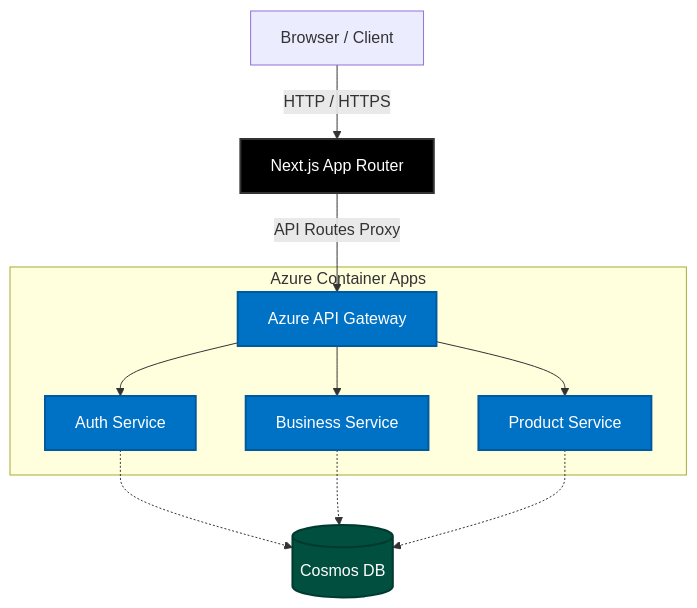
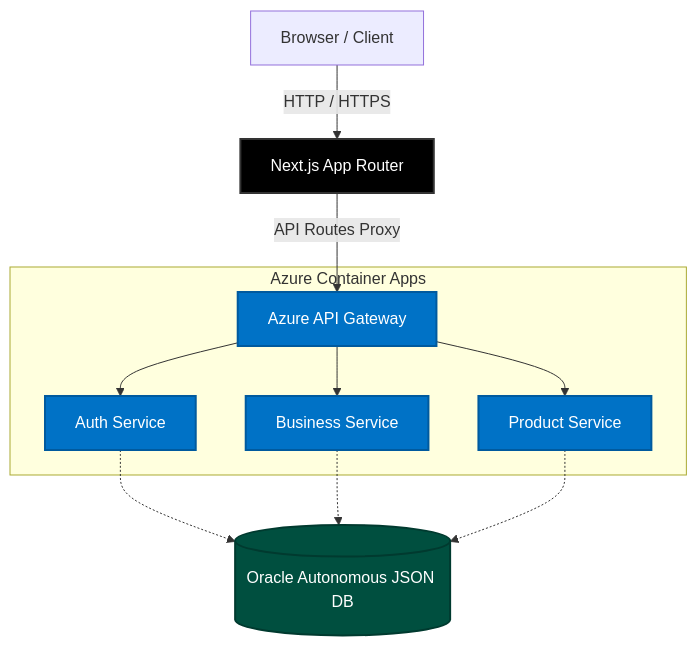
One commit to ChamathDilshanC/NexusCart-Microservices-Frontend changed the diagram in README.md. Above: the diagram before and after it, drawn with Mermaid.

Commit message:
docs: update architecture diagram to reflect Oracle Autonomous JSON DB

````diff
--- a/README.md
+++ b/README.md
@@ -23,23 +23,23 @@
 ```mermaid
 graph TD
     Client[Browser / Client] -->|HTTP / HTTPS| Next[Next.js App Router]
     Next -->|API Routes Proxy| Gateway[Azure API Gateway]
     
     subgraph Azure Container Apps
     Gateway --> Auth[Auth Service]
     Gateway --> Biz[Business Service]
     Gateway --> Prod[Product Service]
     end
     
-    Auth -.-> DB[(Cosmos DB)]
+    Auth -.-> DB[(Oracle Autonomous JSON DB)]
     Biz -.-> DB
     Prod -.-> DB
 
     classDef next fill:#000,stroke:#333,stroke-width:2px,color:#fff;
     classDef azure fill:#0072c6,stroke:#005a9e,stroke-width:2px,color:#fff;
     classDef db fill:#004f3f,stroke:#003a2f,stroke-width:2px,color:#fff;
     
     class Next next;
     class Gateway,Auth,Biz,Prod azure;
     class DB db;
 ```
````
